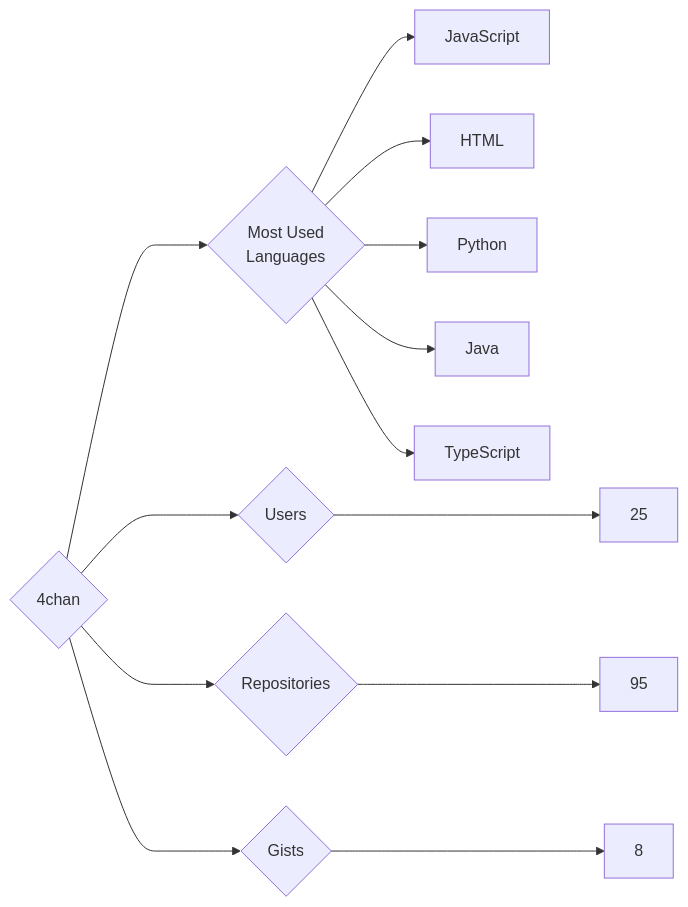
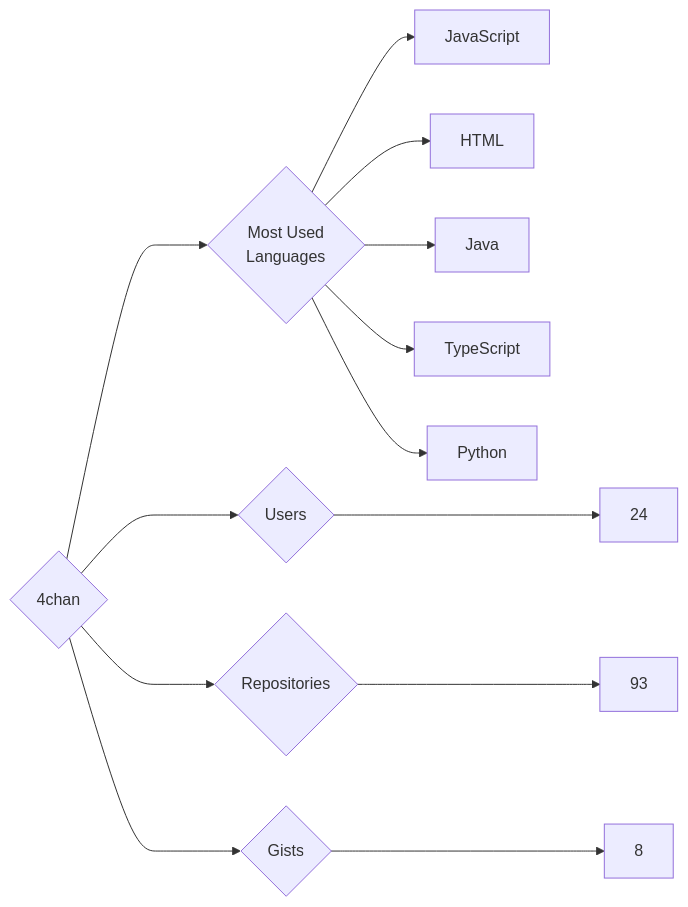
The diagram in targets/4chan/README.md (trickest/insiders), drawn with Mermaid before and after one commit. The commit also changed 861 other files, not shown here.

````diff
--- a/targets/4chan/README.md
+++ b/targets/4chan/README.md
@@ -3,13 +3,13 @@
 ```mermaid
 graph LR
 COMPANY_NAME{4chan}
-COMPANY_NAME ---> U{Users} ---> UN[25]
-COMPANY_NAME ---> R{Repositories} ---> RN[95]
+COMPANY_NAME ---> U{Users} ---> UN[24]
+COMPANY_NAME ---> R{Repositories} ---> RN[93]
 COMPANY_NAME ---> G{Gists} ---> GN[8]
 COMPANY_NAME ---> ML{Most Used<br>Languages}
 ML --> JavaScript[JavaScript]
 ML --> HTML[HTML]
-ML --> Python[Python]
 ML --> Java[Java]
 ML --> TypeScript[TypeScript]
+ML --> Python[Python]
 ```
````
